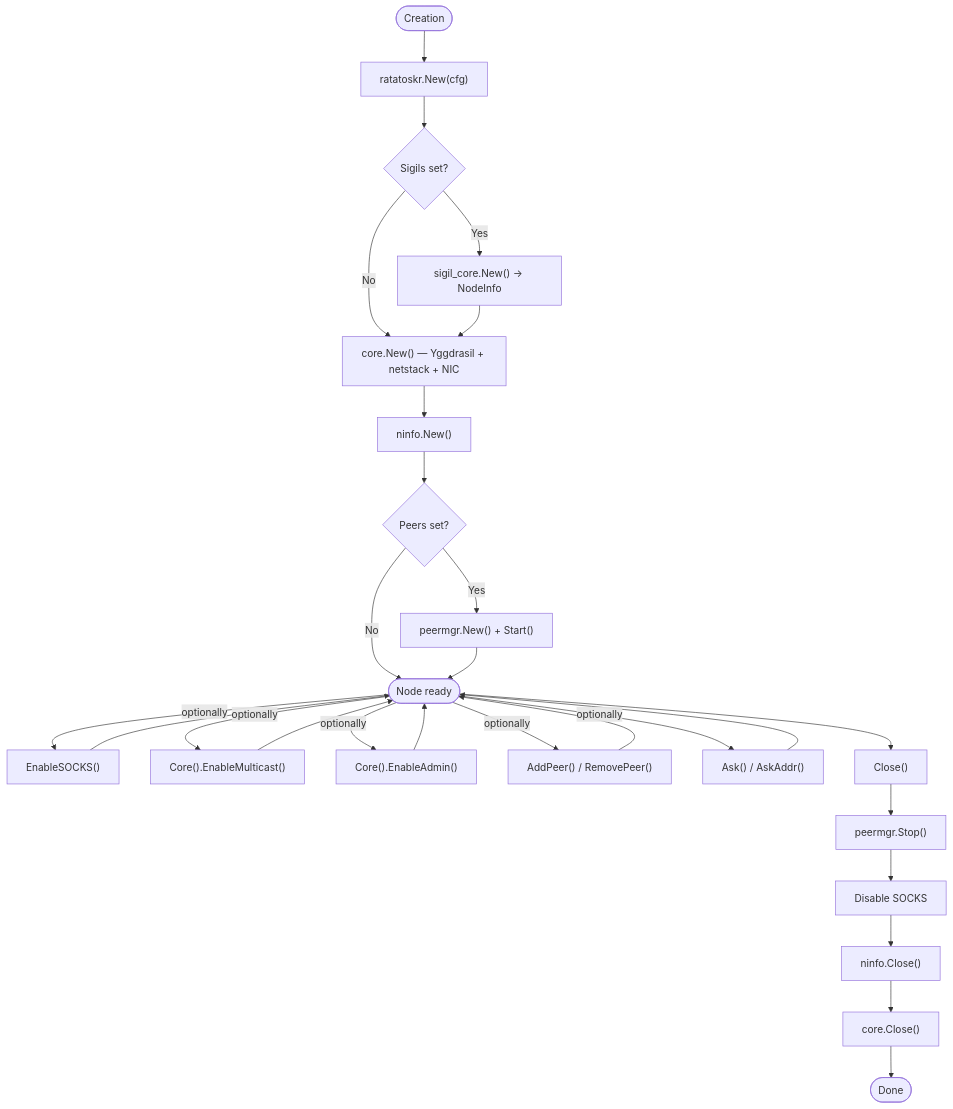
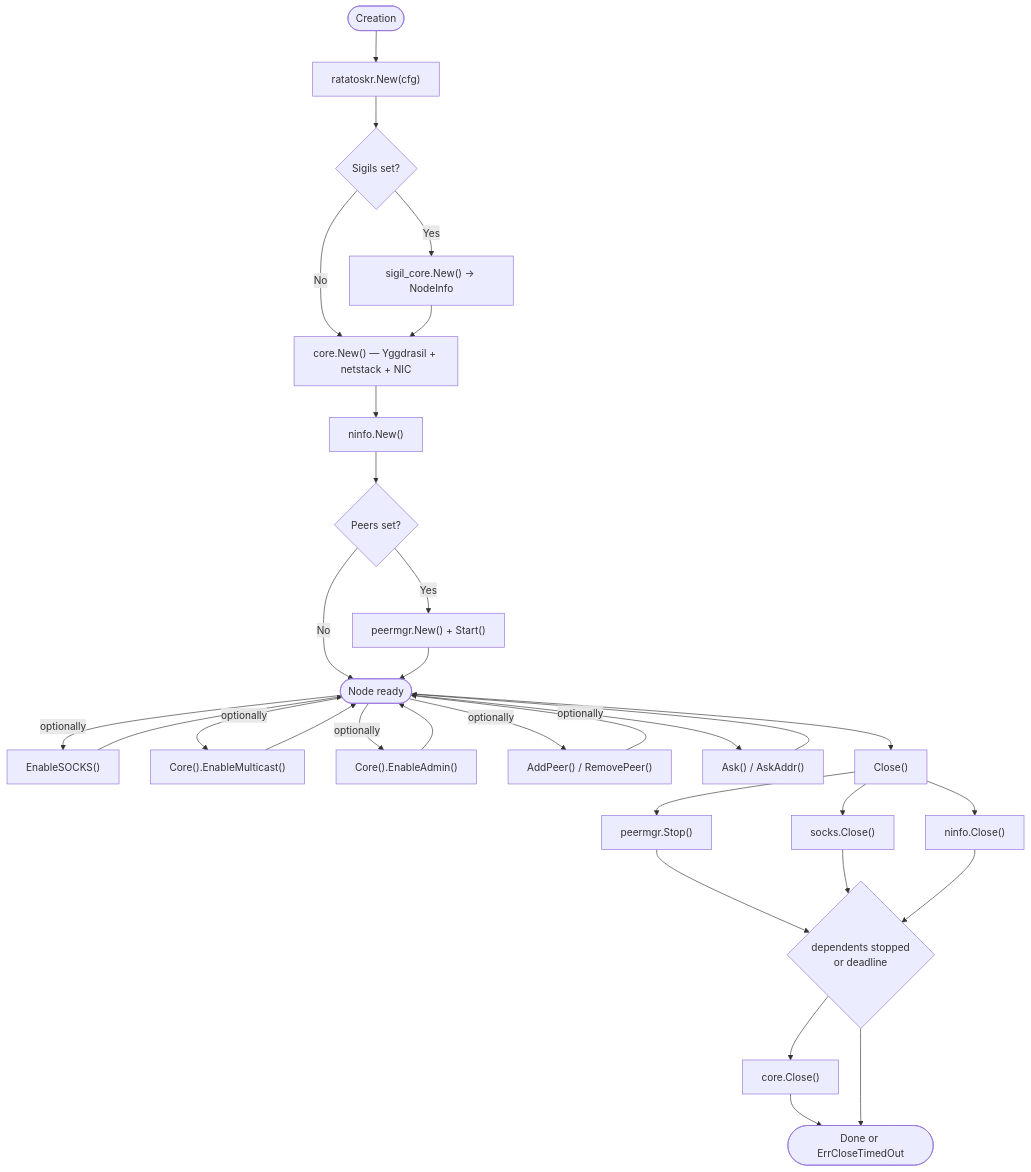
The sixth of 6 diagrams in README.md (voluminor/ratatoskr), drawn with Mermaid before and after one commit. The commit also changed other lines of this file and 69 other files, not shown here.

````diff
--- a/README.md
+++ b/README.md
@@ -494,29 +507,33 @@
 ```mermaid
 flowchart TD
   START([Creation]) --> NEW["ratatoskr.New(cfg)"]
   NEW --> SG{Sigils set?}
   SG -->|Yes| SC["sigil_core.New() → NodeInfo"]
   SG -->|No| CORE
   SC --> CORE["core.New() — Yggdrasil + netstack + NIC"]
   CORE --> NI["ninfo.New()"]
   NI --> PM{Peers set?}
   PM -->|Yes| PMSTART["peermgr.New() + Start()"]
   PM -->|No| READY
   PMSTART --> READY([Node ready])
   READY -->|optionally| SOCKS["EnableSOCKS()"]
   READY -->|optionally| MC["Core().EnableMulticast()"]
   READY -->|optionally| ADM["Core().EnableAdmin()"]
   READY -->|optionally| PEERS["AddPeer() / RemovePeer()"]
   READY -->|optionally| ASK["Ask() / AskAddr()"]
   SOCKS --> READY
   MC --> READY
   ADM --> READY
   PEERS --> READY
   ASK --> READY
   READY --> CLOSE["Close()"]
   CLOSE --> S1["peermgr.Stop()"]
-  S1 --> S2["Disable SOCKS"]
-  S2 --> S25["ninfo.Close()"]
-  S25 --> S3["core.Close()"]
-  S3 --> DONE([Done])
+  CLOSE --> S2["socks.Close()"]
+  CLOSE --> S25["ninfo.Close()"]
+  S1 --> GATE{"dependents stopped<br/>or deadline"}
+  S2 --> GATE
+  S25 --> GATE
+  GATE --> S3["core.Close()"]
+  S3 --> DONE
+  GATE --> DONE([Done or ErrCloseTimedOut])
 ```
````
